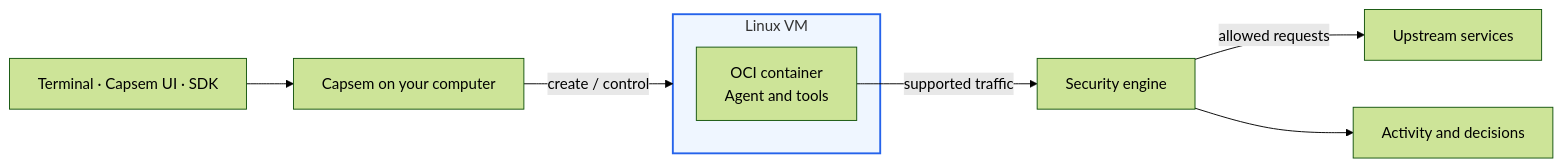
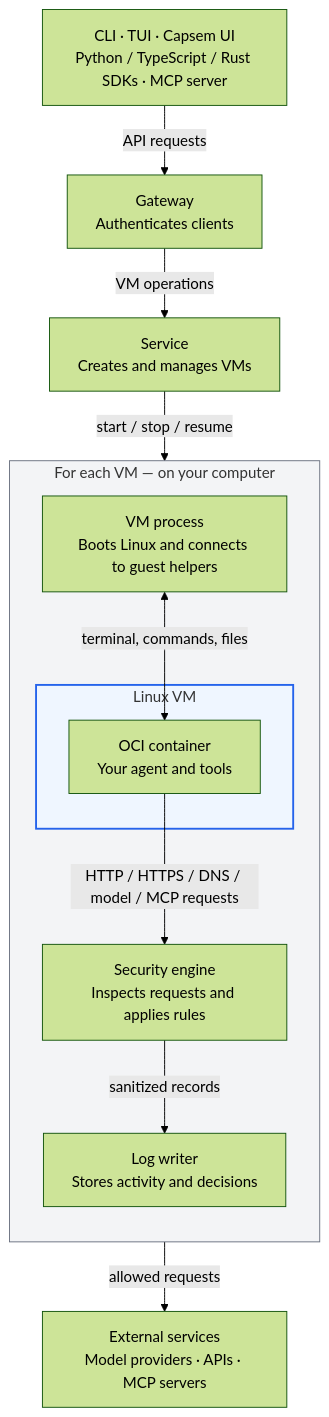
Before and after one commit to google/capsem: the diagram in web/docs/src/content/docs/getting-started/intro.md, drawn with Mermaid (forest theme). The commit also changed other lines of this file and 6 other files, not shown here.

Commit message:
docs(site): explain Capsem components and first-use sequence

````diff
--- a/web/docs/src/content/docs/getting-started/intro.md
+++ b/web/docs/src/content/docs/getting-started/intro.md
@@ -17,12 +19,22 @@
 ```mermaid
-flowchart LR
-  user["Terminal · Capsem UI · SDK"] --> host["Capsem on your computer"]
-  subgraph vm["Linux VM"]
-    image["OCI container<br/>Agent and tools"]
+flowchart TB
+  clients["CLI · TUI · Capsem UI<br/>Python / TypeScript / Rust SDKs · MCP server"]
+  clients -->|API requests| gateway["Gateway<br/>Authenticates clients"]
+  gateway -->|VM operations| service["Service<br/>Creates and manages VMs"]
+  subgraph perVM["For each VM — on your computer"]
+    direction TB
+    owner["VM process<br/>Boots Linux and connects to guest helpers"]
+    subgraph vm["Linux VM"]
+      workload["OCI container<br/>Your agent and tools"]
+    end
+    engine["Security engine<br/>Inspects requests and applies rules"]
+    writer["Log writer<br/>Stores activity and decisions"]
+    owner <-->|terminal, commands, files| workload
+    workload -->|HTTP / HTTPS / DNS / model / MCP requests| engine
+    engine -->|sanitized records| writer
   end
-  host -->|create / control| vm
-  image -->|supported traffic| engine["Security engine"]
-  engine -->|allowed requests| upstream["Upstream services"]
-  engine --> records["Activity and decisions"]
+  service -->|start / stop / resume| owner
+  engine -->|allowed requests| upstream["External services<br/>Model providers · APIs · MCP servers"]
+  style perVM fill:#f3f4f6,stroke:#6b7280
   style vm fill:#eff6ff,stroke:#2563eb,stroke-width:2px
 ```
````
